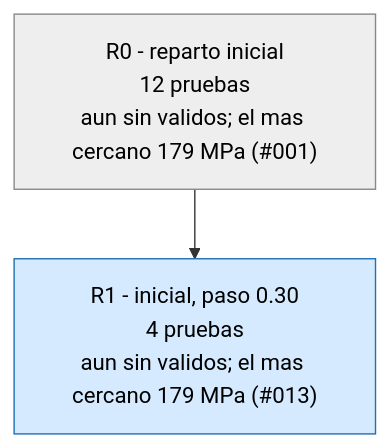
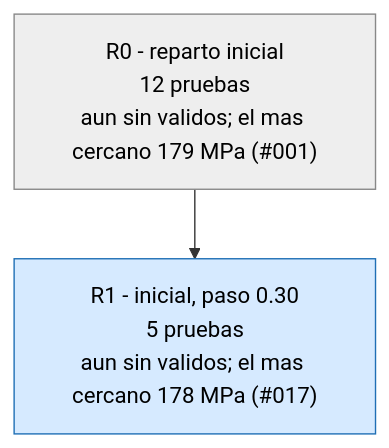
The second of 3 diagrams in runs/opt_37800N/ARBOL.md (Hugiko/msd-soporte-optimizacion), drawn with Mermaid before and after one commit. The commit also changed 24 other files, not shown here.

````diff
--- a/runs/opt_37800N/ARBOL.md
+++ b/runs/opt_37800N/ARBOL.md
@@ -21,9 +21,9 @@
 ```mermaid
 graph TD
 classDef activa fill:#d6eaff,stroke:#1f6fb5,color:#000
 classDef fin fill:#eeeeee,stroke:#888,color:#000
 classDef mejor fill:#c8f0c0,stroke:#1a9850,stroke-width:4px,color:#000
 R0["R0 - reparto inicial<br/>12 pruebas<br/>aun sin validos; el mas cercano 179 MPa (#001)"]:::fin
-R1["R1 - inicial, paso 0.30<br/>4 pruebas<br/>aun sin validos; el mas cercano 179 MPa (#013)"]:::activa
+R1["R1 - inicial, paso 0.30<br/>5 pruebas<br/>aun sin validos; el mas cercano 178 MPa (#017)"]:::activa
 R0 --> R1
 ```
````
